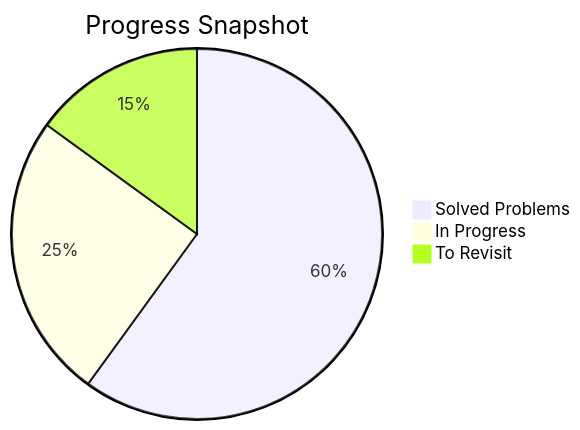
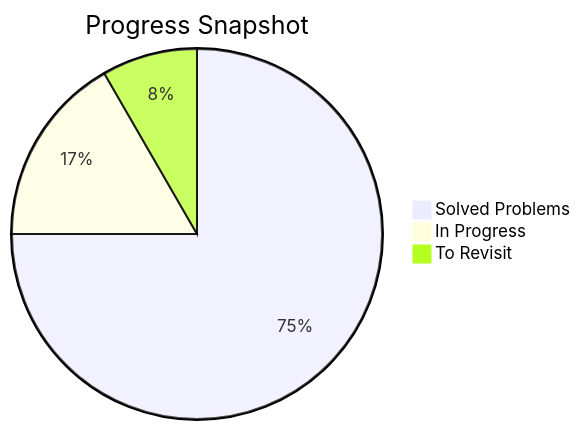
One commit to AyushSingh360/neetcode-submissions changed the third of 4 diagrams in README.md. Above: the diagram before and after it, drawn with Mermaid.

Commit message:
Revise progress snapshot data in README
Updated progress snapshot values in README.

````diff
--- a/README.md
+++ b/README.md
@@ -93,6 +93,6 @@
 ```mermaid
 pie title Progress Snapshot
-    "Solved Problems" : 60
-    "In Progress" : 25
-    "To Revisit" : 15
+    "Solved Problems" : 45
+    "In Progress" : 10
+    "To Revisit" : 5
 ```
````
